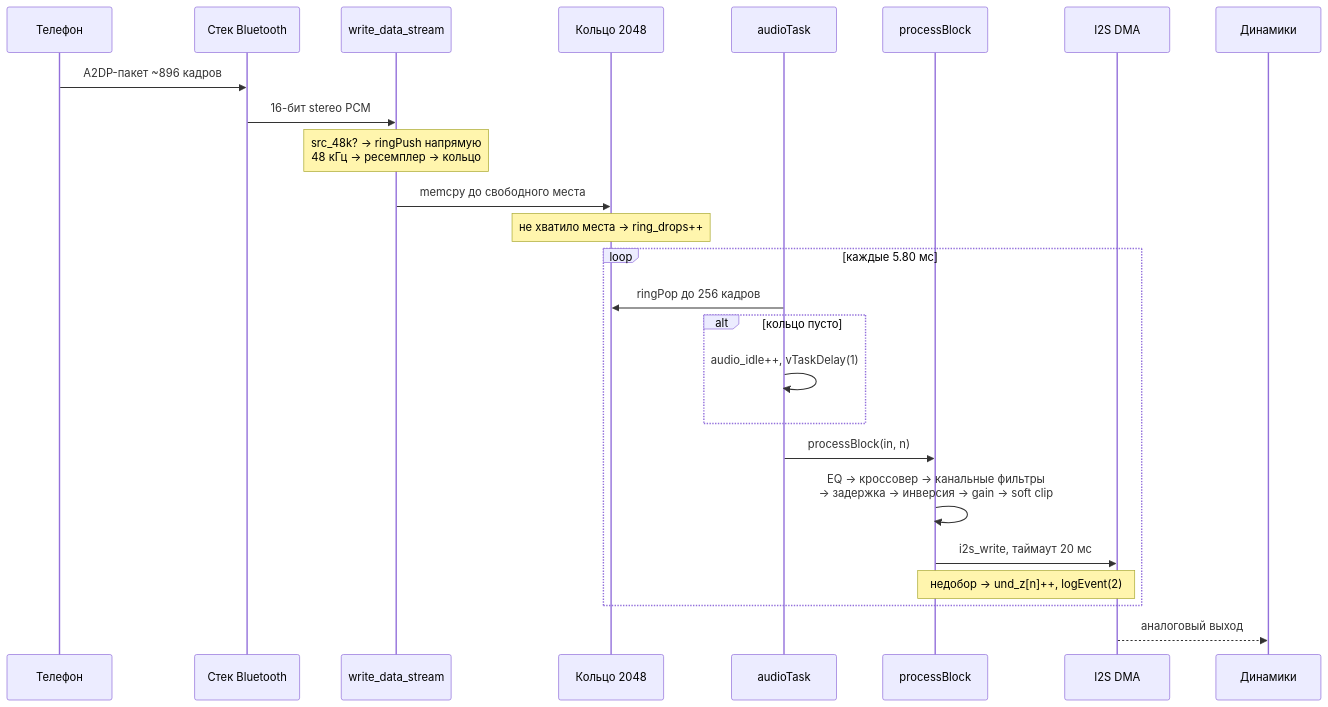
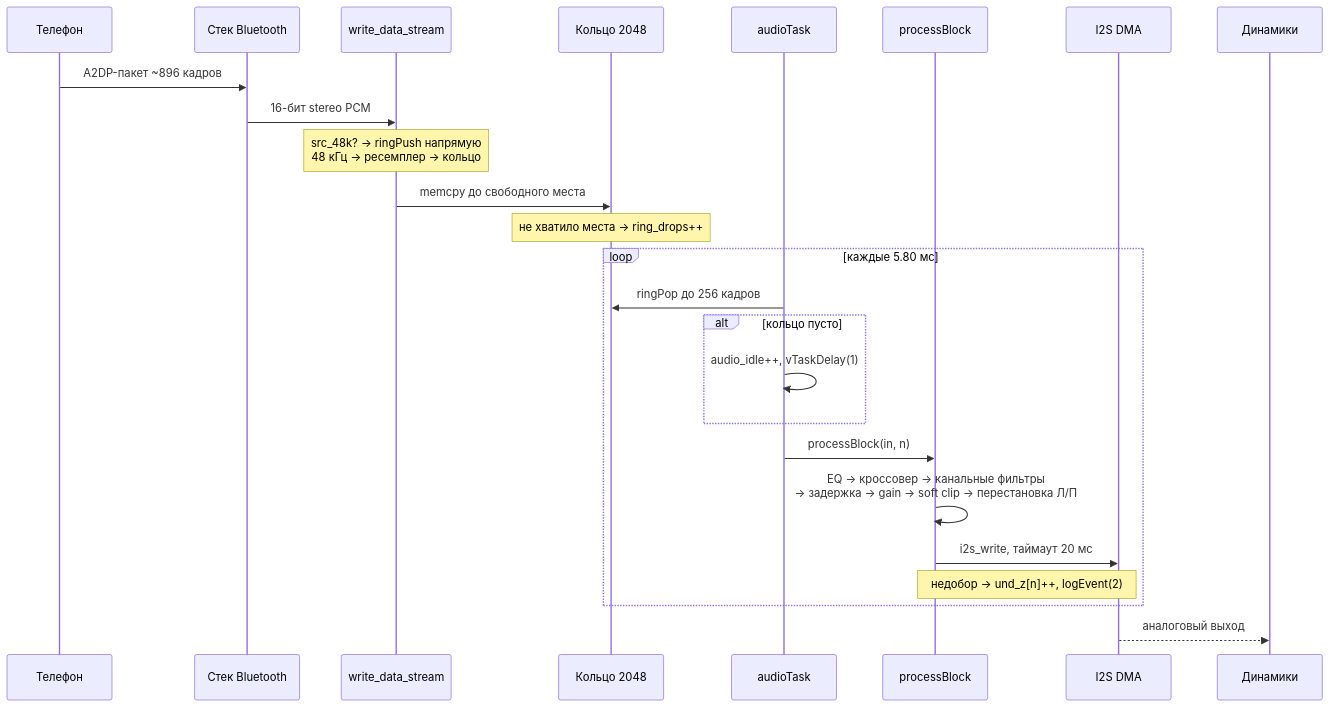
Before and after one commit to ZDarow/esp32-biamp: the second of 4 diagrams in firmware/DOCUMENTATION.md, drawn with Mermaid. The commit also changed other lines of this file and 1 other file, not shown here.

````diff
--- a/firmware/DOCUMENTATION.md
+++ b/firmware/DOCUMENTATION.md
@@ -163,29 +163,29 @@
 ```mermaid
 sequenceDiagram
     participant PH as Телефон
     participant ST as Стек Bluetooth
     participant CB as write_data_stream
     participant RG as Кольцо 2048
     participant AT as audioTask
     participant DS as processBlock
     participant IO as I2S DMA
     participant SP as Динамики
 
     PH->>ST: A2DP-пакет ~896 кадров
     ST->>CB: 16-бит stereo PCM
     Note over CB: src_48k? → ringPush напрямую<br/>48 кГц → ресемплер → кольцо
     CB->>RG: memcpy до свободного места
     Note over RG: не хватило места → ring_drops++
 
     loop каждые 5.80 мс
         AT->>RG: ringPop до 256 кадров
         alt кольцо пусто
             AT->>AT: audio_idle++, vTaskDelay(1)
         end
         AT->>DS: processBlock(in, n)
-        DS->>DS: EQ → кроссовер → канальные фильтры<br/>→ задержка → инверсия → gain → soft clip
+        DS->>DS: EQ → кроссовер → канальные фильтры<br/>→ задержка → gain → soft clip → перестановка Л/П
         DS->>IO: i2s_write, таймаут 20 мс
         Note over DS,IO: недобор → und_z[n]++, logEvent(2)
     end
     IO-->>SP: аналоговый выход
 ```
````
